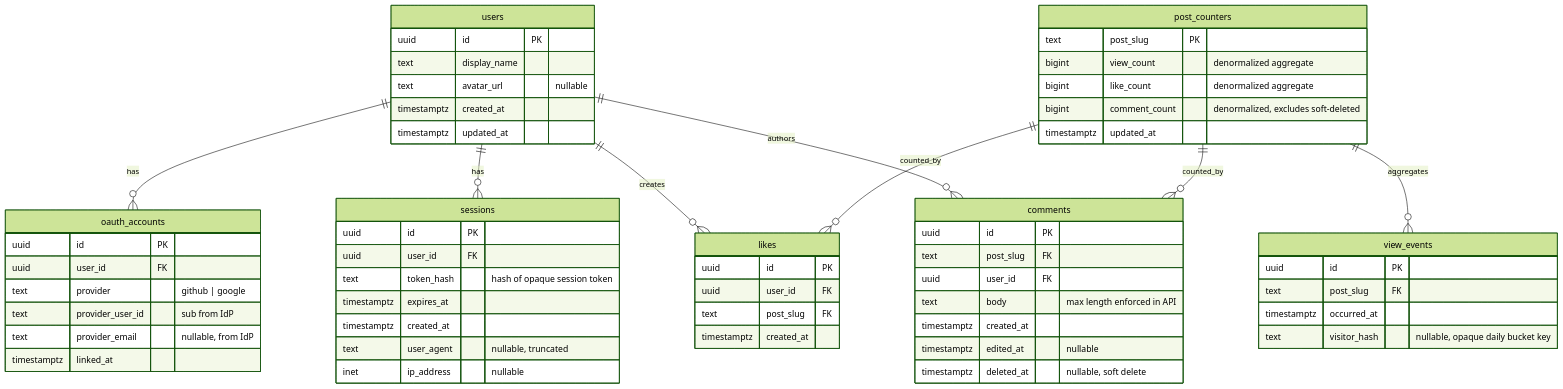
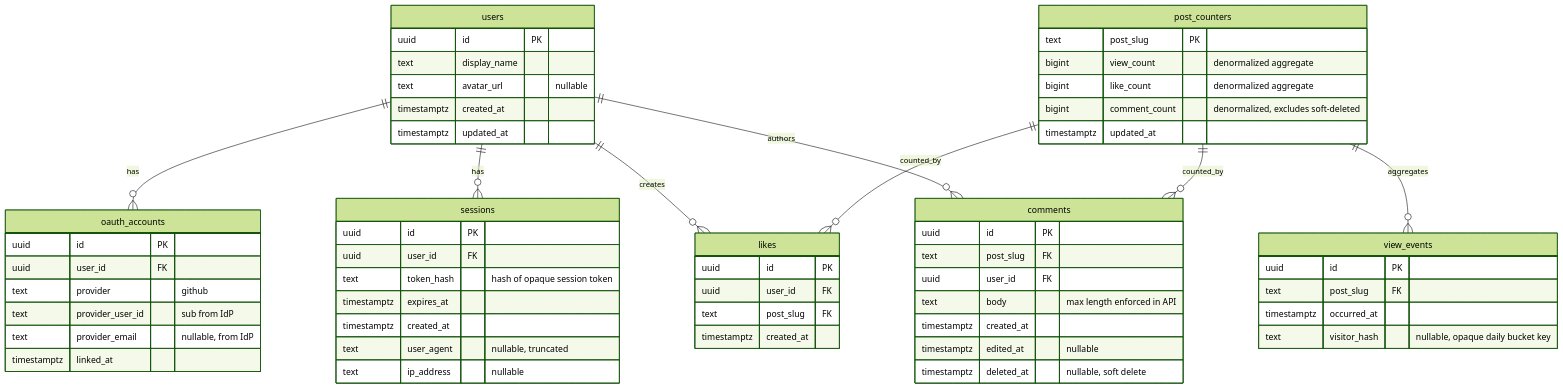
Before and after one commit to luxuling/lxuu.dev: the diagram in docs/post-engagement-erd.md, drawn with Mermaid (forest theme). The commit also changed other lines of this file and 50 other files, not shown here.

````diff
--- a/docs/post-engagement-erd.md
+++ b/docs/post-engagement-erd.md
@@ -11,69 +13,69 @@
 ```mermaid
 erDiagram
   users ||--o{ oauth_accounts : has
   users ||--o{ sessions : has
   users ||--o{ likes : creates
   users ||--o{ comments : authors
   post_counters ||--o{ likes : counted_by
   post_counters ||--o{ comments : counted_by
   post_counters ||--o{ view_events : aggregates
 
   users {
     uuid id PK
     text display_name
     text avatar_url "nullable"
     timestamptz created_at
     timestamptz updated_at
   }
 
   oauth_accounts {
     uuid id PK
     uuid user_id FK
-    text provider "github | google"
+    text provider "github"
     text provider_user_id "sub from IdP"
     text provider_email "nullable, from IdP"
     timestamptz linked_at
   }
 
   sessions {
     uuid id PK
     uuid user_id FK
     text token_hash "hash of opaque session token"
     timestamptz expires_at
     timestamptz created_at
     text user_agent "nullable, truncated"
-    inet ip_address "nullable"
+    text ip_address "nullable"
   }
 
   post_counters {
     text post_slug PK
     bigint view_count "denormalized aggregate"
     bigint like_count "denormalized aggregate"
     bigint comment_count "denormalized, excludes soft-deleted"
     timestamptz updated_at
   }
 
   likes {
     uuid id PK
     uuid user_id FK
     text post_slug FK
     timestamptz created_at
   }
 
   comments {
     uuid id PK
     text post_slug FK
     uuid user_id FK
     text body "max length enforced in API"
     timestamptz created_at
     timestamptz edited_at "nullable"
     timestamptz deleted_at "nullable, soft delete"
   }
 
   view_events {
     uuid id PK
     text post_slug FK
     timestamptz occurred_at
     text visitor_hash "nullable, opaque daily bucket key"
   }
 ```
````
